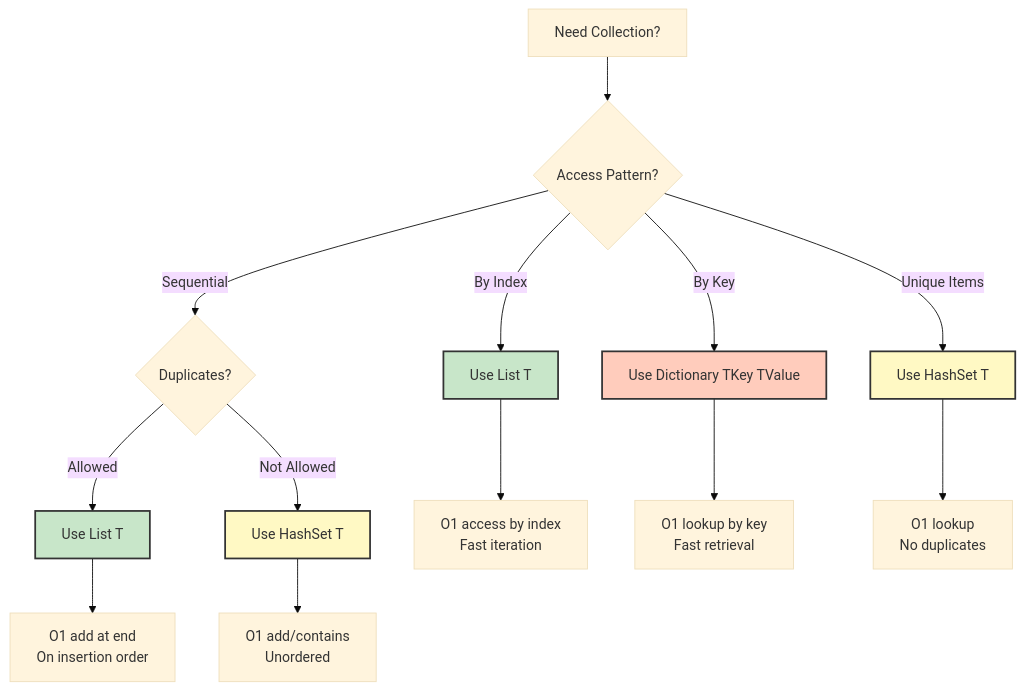
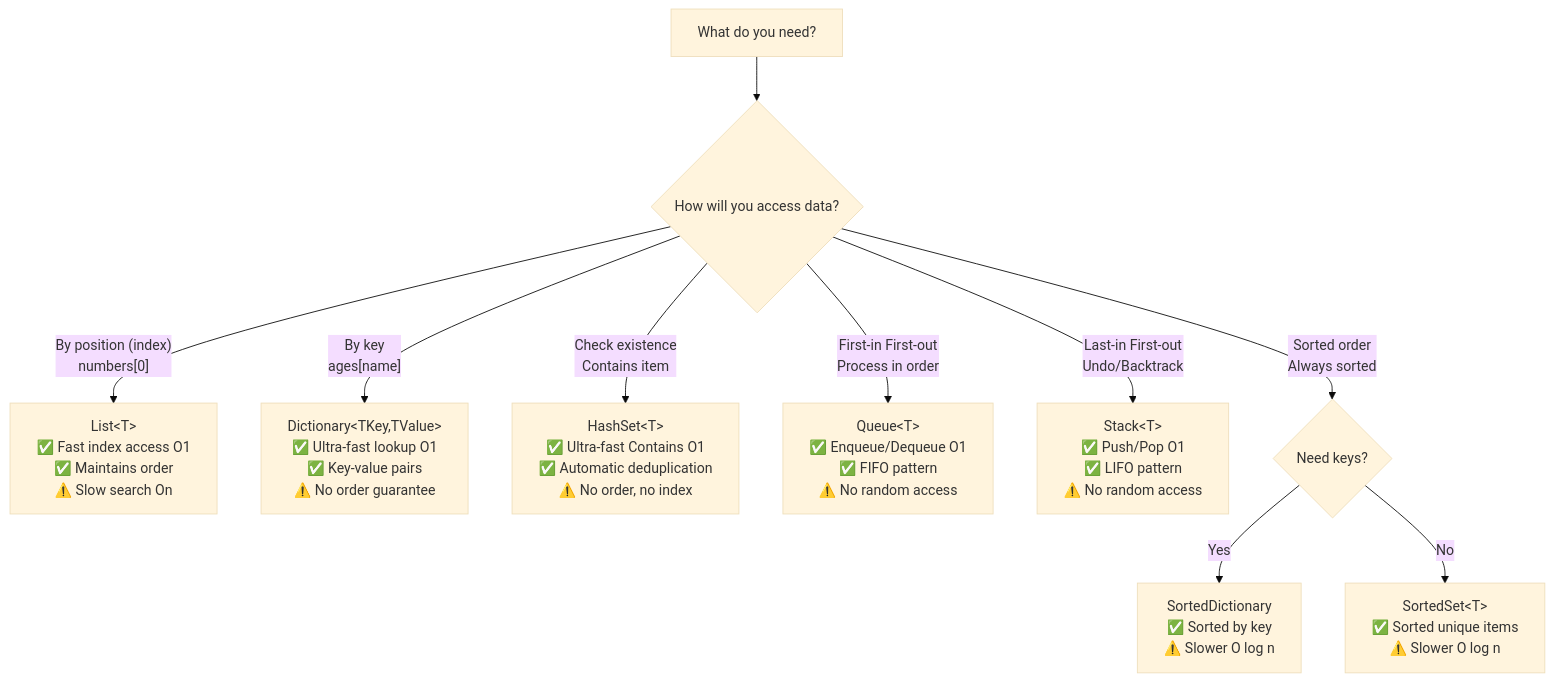
The second of 5 diagrams in C# fundamentals/day07-collections.md (NguyenPhamCode4You/ai-home-lab-docker-compose), drawn with Mermaid (base theme) before and after one commit. The commit also changed other lines of this file, not shown here.

````diff
--- a/C# fundamentals/day07-collections.md
+++ b/C# fundamentals/day07-collections.md
@@ -42,24 +38,18 @@
 ```mermaid
 graph TD
-    A[Need Collection?] --> B{Access Pattern?}
+    A[What do you need?] --> B{How will you access data?}
 
-    B -->|Sequential| C{Duplicates?}
-    B -->|By Index| D[Use List T]
-    B -->|By Key| E[Use Dictionary TKey TValue]
-    B -->|Unique Items| F[Use HashSet T]
+    B -->|"By position (index)<br/>numbers[0]"| C[List&lt;T&gt;<br/>✅ Fast index access O1<br/>✅ Maintains order<br/>⚠️ Slow search On]
 
-    C -->|Allowed| G[Use List T]
-    C -->|Not Allowed| H[Use HashSet T]
+    B -->|"By key<br/>ages[name]"| D[Dictionary&lt;TKey,TValue&gt;<br/>✅ Ultra-fast lookup O1<br/>✅ Key-value pairs<br/>⚠️ No order guarantee]
 
-    D --> D1[O1 access by index<br/>Fast iteration]
-    E --> E1[O1 lookup by key<br/>Fast retrieval]
-    F --> F1[O1 lookup<br/>No duplicates]
-    G --> G1[O1 add at end<br/>On insertion order]
-    H --> H1[O1 add/contains<br/>Unordered]
+    B -->|"Check existence<br/>Contains item"| E[HashSet&lt;T&gt;<br/>✅ Ultra-fast Contains O1<br/>✅ Automatic deduplication<br/>⚠️ No order, no index]
 
-    style D fill:#c8e6c9,stroke:#333,stroke-width:2px
-    style E fill:#ffccbc,stroke:#333,stroke-width:2px
-    style F fill:#fff9c4,stroke:#333,stroke-width:2px
-    style G fill:#c8e6c9,stroke:#333,stroke-width:2px
-    style H fill:#fff9c4,stroke:#333,stroke-width:2px
+    B -->|"First-in First-out<br/>Process in order"| F[Queue&lt;T&gt;<br/>✅ Enqueue/Dequeue O1<br/>✅ FIFO pattern<br/>⚠️ No random access]
+
+    B -->|"Last-in First-out<br/>Undo/Backtrack"| G[Stack&lt;T&gt;<br/>✅ Push/Pop O1<br/>✅ LIFO pattern<br/>⚠️ No random access]
+
+    B -->|"Sorted order<br/>Always sorted"| H{Need keys?}
+    H -->|Yes| I[SortedDictionary<br/>✅ Sorted by key<br/>⚠️ Slower O log n]
+    H -->|No| J[SortedSet&lt;T&gt;<br/>✅ Sorted unique items<br/>⚠️ Slower O log n]
 ```
````
